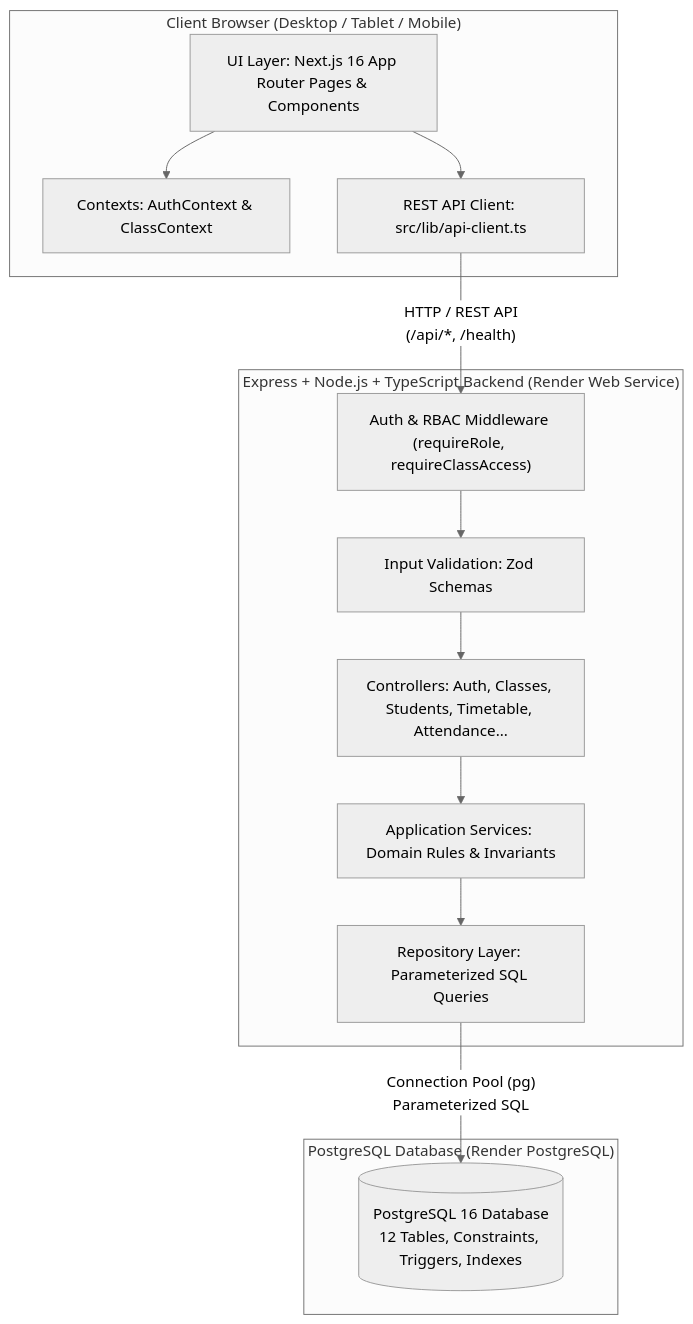
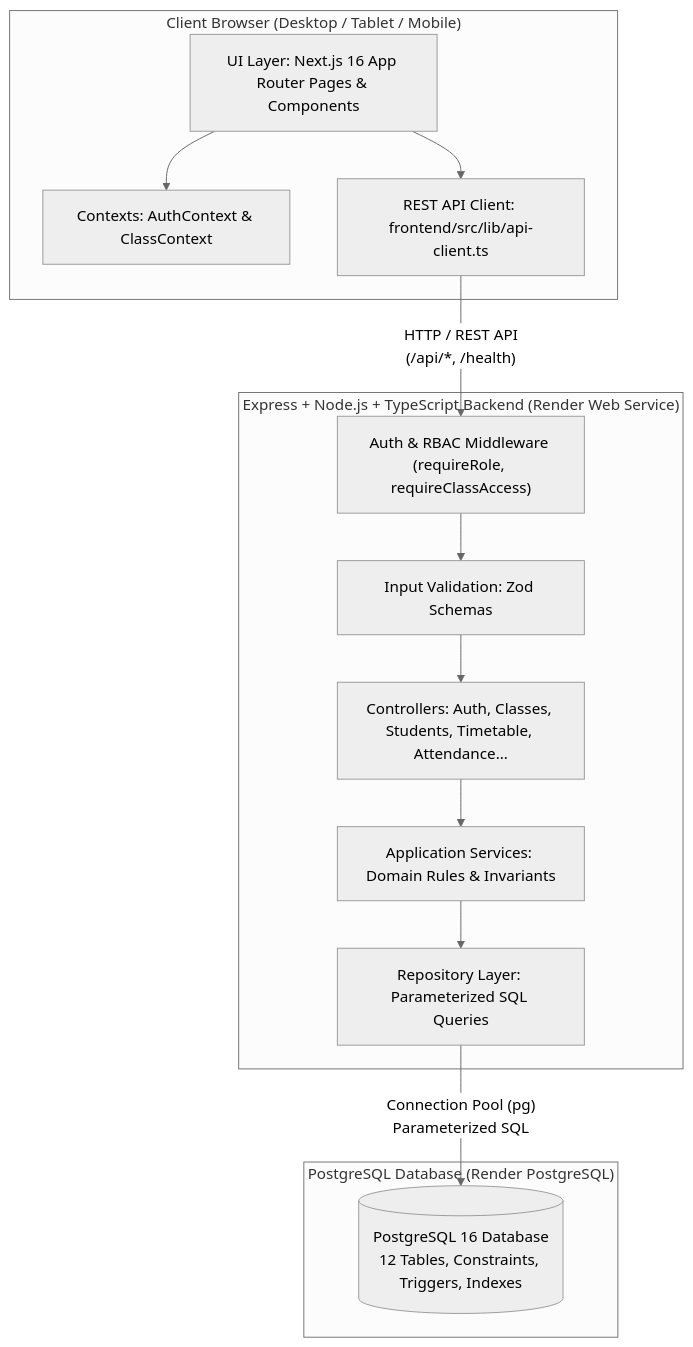
The diagram in docs/architecture/system-architecture.md (tranhohoangvu/class-manager), drawn with Mermaid (neutral theme) before and after one commit. The commit also changed other lines of this file and 88 other files, not shown here.

````diff
--- a/docs/architecture/system-architecture.md
+++ b/docs/architecture/system-architecture.md
@@ -13,29 +13,29 @@
 ```mermaid
 graph TD
     subgraph ClientBrowser ["Client Browser (Desktop / Tablet / Mobile)"]
         UI["UI Layer: Next.js 16 App Router Pages & Components"]
         Contexts["Contexts: AuthContext & ClassContext"]
-        ApiClient["REST API Client: src/lib/api-client.ts"]
+        ApiClient["REST API Client: frontend/src/lib/api-client.ts"]
     end
 
     subgraph BackendAPI ["Express + Node.js + TypeScript Backend (Render Web Service)"]
         AuthMiddleware["Auth & RBAC Middleware (requireRole, requireClassAccess)"]
         Validators["Input Validation: Zod Schemas"]
         Controllers["Controllers: Auth, Classes, Students, Timetable, Attendance..."]
         Services["Application Services: Domain Rules & Invariants"]
         Repositories["Repository Layer: Parameterized SQL Queries"]
     end
 
     subgraph DatabaseTier ["PostgreSQL Database (Render PostgreSQL)"]
         Postgres[("PostgreSQL 16 Database<br/>12 Tables, Constraints, Triggers, Indexes")]
     end
 
     UI --> Contexts
     UI --> ApiClient
     ApiClient -->|"HTTP / REST API<br/>(/api/*, /health)"| AuthMiddleware
     AuthMiddleware --> Validators
     Validators --> Controllers
     Controllers --> Services
     Services --> Repositories
     Repositories -->|"Connection Pool (pg)<br/>Parameterized SQL"| Postgres
 ```
````
